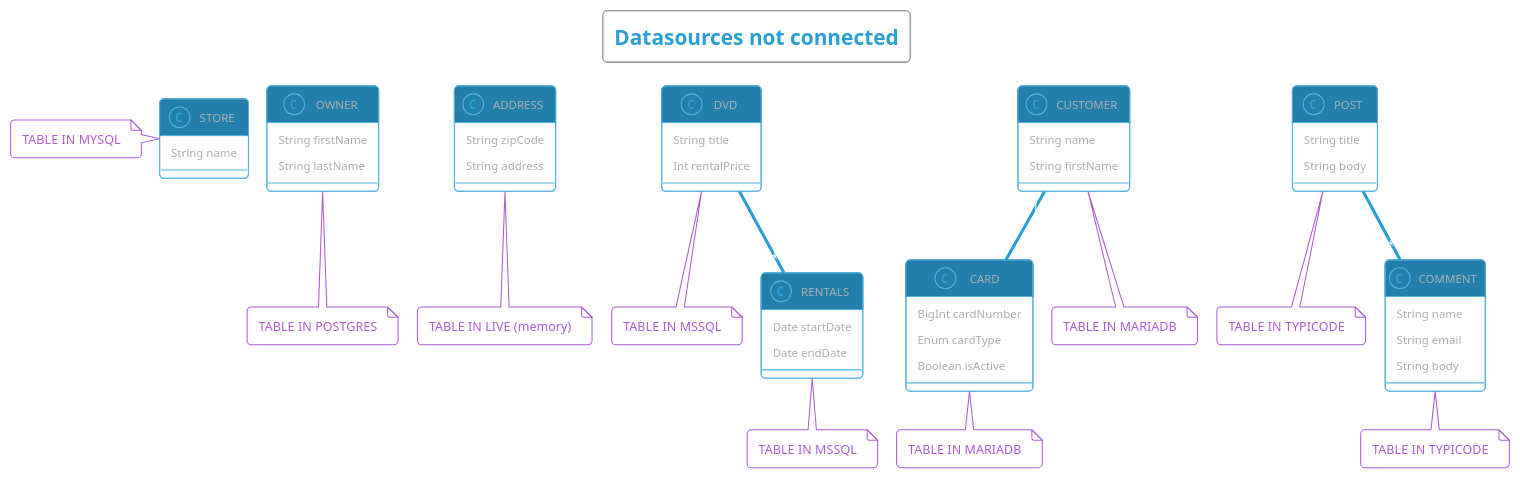
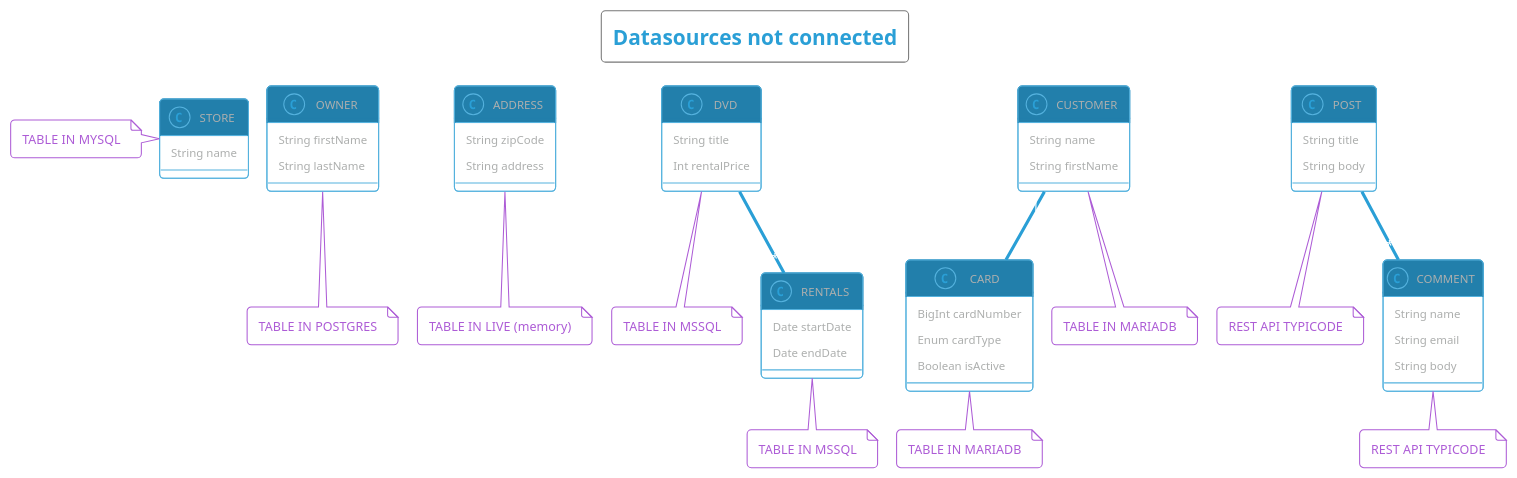
Before and after one commit to ForestAdmin/agent-nodejs: the diagram in packages/_example/datasources.puml, drawn with PlantUML.

Commit message:
refactor: review

```diff
--- a/packages/_example/datasources.puml
+++ b/packages/_example/datasources.puml
@@ -1,71 +1,71 @@
 @startuml
 !pragma layout smetana
 !theme cyborg-outline
 
 title: Datasources not connected
 
 class STORE {
   String name
 }
 class STORE
 note left: TABLE IN MYSQL
 
 class OWNER {
   String firstName
   String lastName
 }
 class OWNER
 note bottom: TABLE IN POSTGRES
 
 class ADDRESS {
   String zipCode
   String address
 }
 class ADDRESS
 note bottom: TABLE IN LIVE (memory)
 
 class DVD {
   String title
   Int rentalPrice
 }
 class DVD
 note bottom: TABLE IN MSSQL
 
 class RENTALS {
   Date startDate
   Date endDate
 }
 class RENTALS
 note bottom: TABLE IN MSSQL
 
 class CARD {
   BigInt cardNumber
   Enum cardType
   Boolean isActive
 }
 note bottom: TABLE IN MARIADB
 
 class CUSTOMER {
   String name
   String firstName
 }
 note bottom: TABLE IN MARIADB
 
 class POST {
   String title
   String body
 }
-note bottom: TABLE IN TYPICODE
+note bottom: REST API TYPICODE
 
 class COMMENT {
   String name
   String email
   String body
 }
-note bottom: TABLE IN TYPICODE
+note bottom: REST API TYPICODE
 
 POST "1" -- "*" COMMENT : has
 DVD "*" -- "*" RENTALS : has
 CUSTOMER "1" -- "*" CARD : has
 
 @enduml
```
